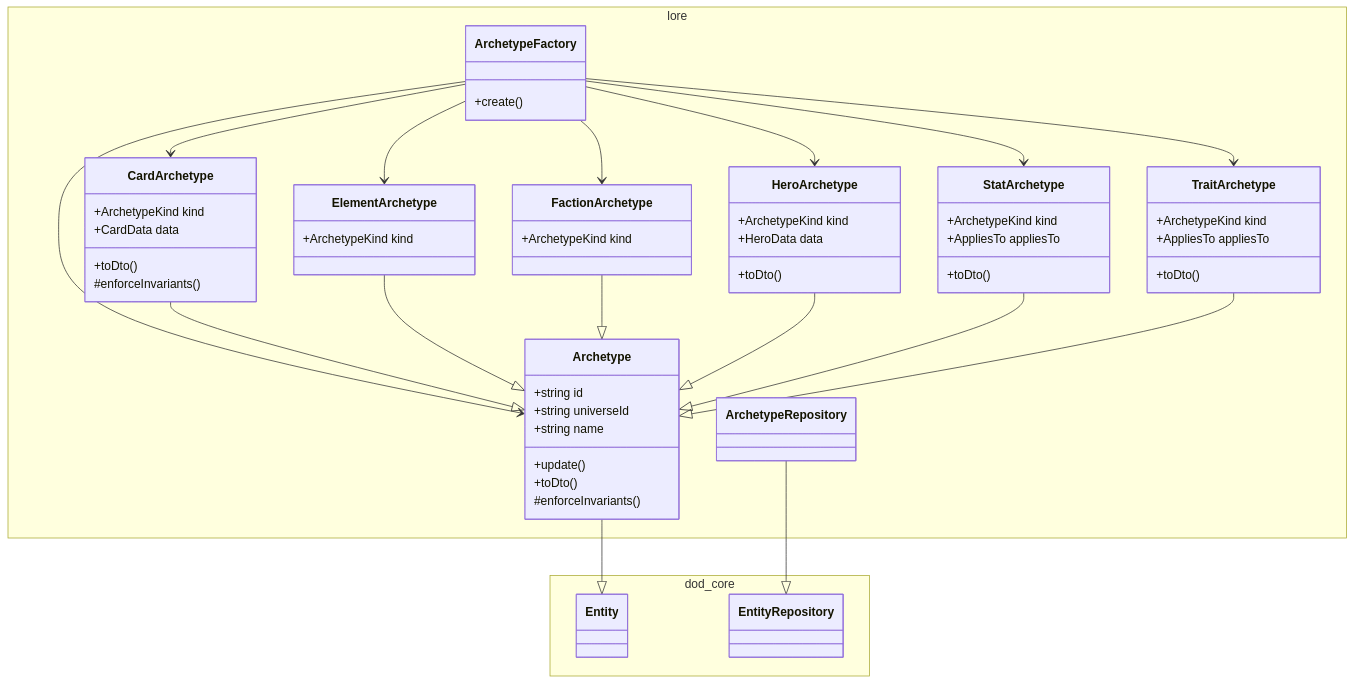
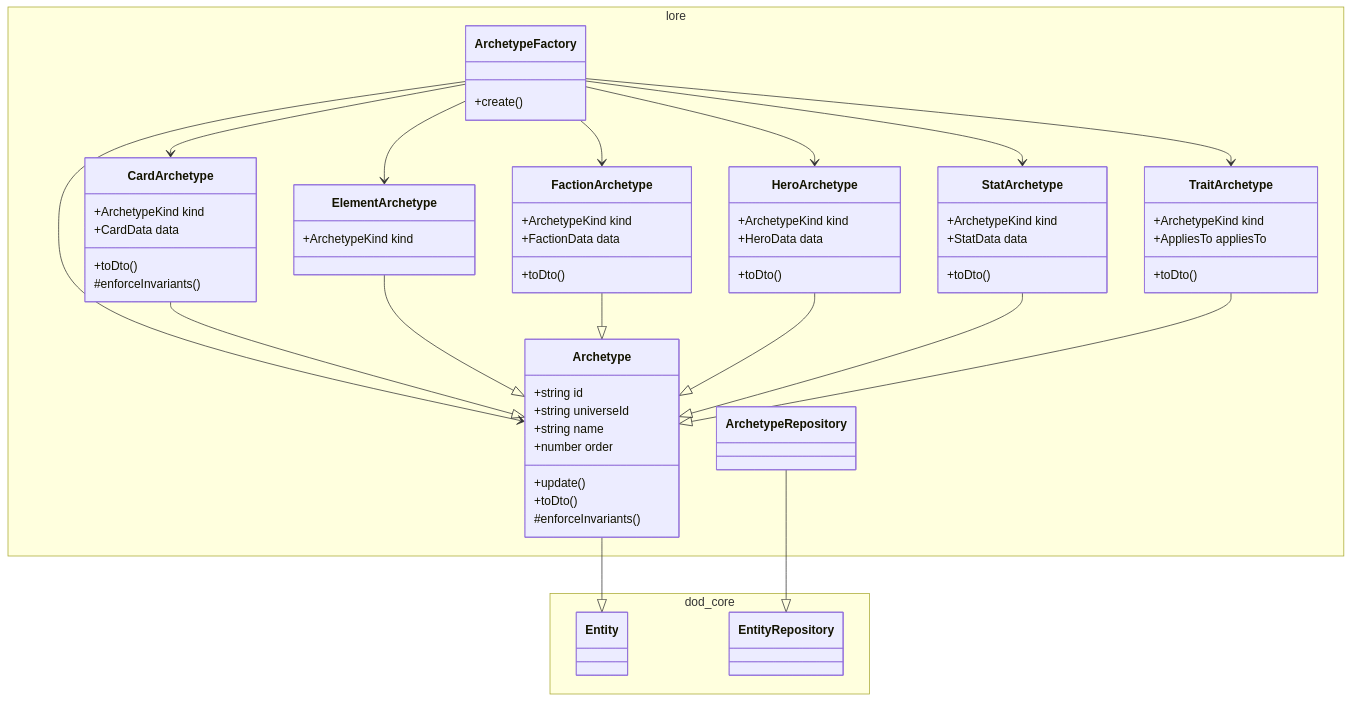
The first of 2 diagrams in realms/codex/README.md (pslotinsky/decay-of-magic), drawn with Mermaid before and after one commit. The commit also changed other lines of this file and 19 other files, not shown here.

````diff
--- a/realms/codex/README.md
+++ b/realms/codex/README.md
@@ -104,64 +104,67 @@
 ```mermaid
 classDiagram
   namespace lore {
     class ArchetypeFactory {
       +create()
     }
     class Archetype {
       +string id
       +string universeId
       +string name
+      +number order
       +update()
       +toDto()
       #enforceInvariants()
     }
     class CardArchetype {
       +ArchetypeKind kind
       +CardData data
       +toDto()
       #enforceInvariants()
     }
     class ElementArchetype {
       +ArchetypeKind kind
     }
     class FactionArchetype {
       +ArchetypeKind kind
+      +FactionData data
+      +toDto()
     }
     class HeroArchetype {
       +ArchetypeKind kind
       +HeroData data
       +toDto()
     }
     class StatArchetype {
       +ArchetypeKind kind
-      +AppliesTo appliesTo
+      +StatData data
       +toDto()
     }
     class TraitArchetype {
       +ArchetypeKind kind
       +AppliesTo appliesTo
       +toDto()
     }
     class ArchetypeRepository
   }
   namespace dod_core {
     class Entity
     class EntityRepository
   }
 
   ArchetypeFactory --> Archetype
   ArchetypeFactory --> CardArchetype
   ArchetypeFactory --> ElementArchetype
   ArchetypeFactory --> FactionArchetype
   ArchetypeFactory --> HeroArchetype
   ArchetypeFactory --> StatArchetype
   ArchetypeFactory --> TraitArchetype
   Archetype --|> Entity
   CardArchetype --|> Archetype
   ElementArchetype --|> Archetype
   FactionArchetype --|> Archetype
   HeroArchetype --|> Archetype
   StatArchetype --|> Archetype
   TraitArchetype --|> Archetype
   ArchetypeRepository --|> EntityRepository
 ```
````
